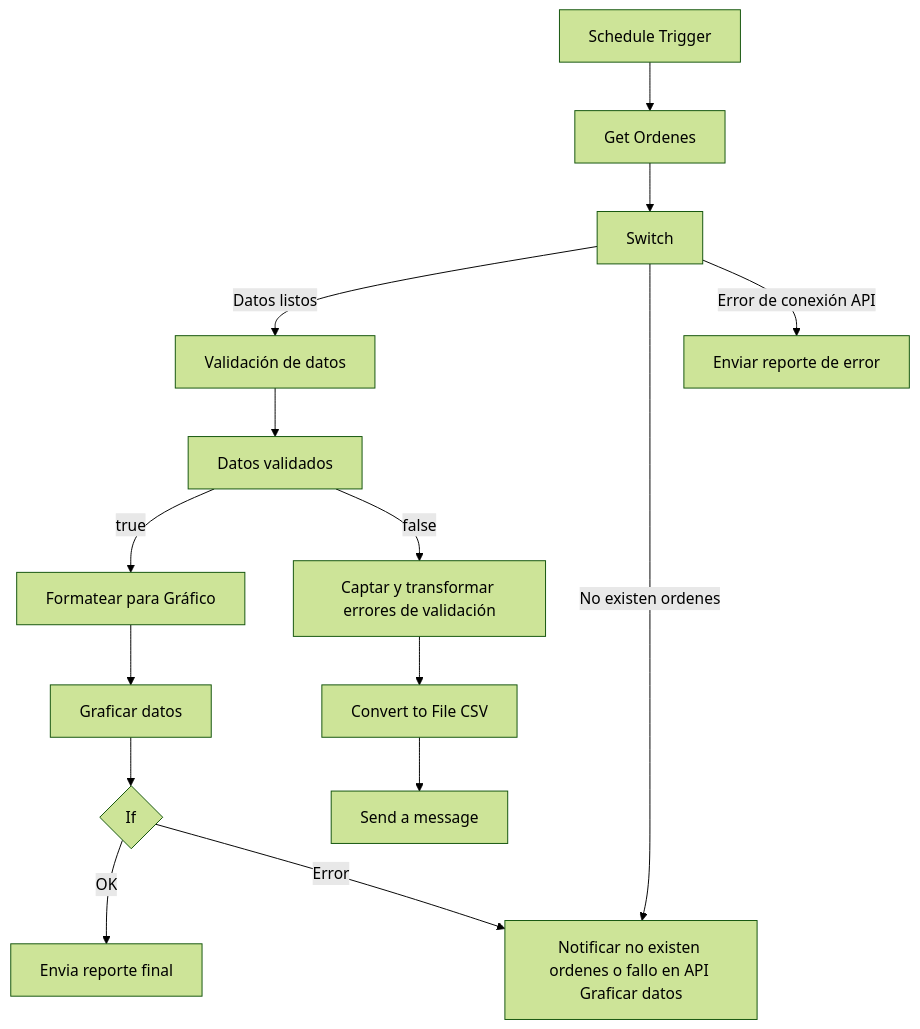
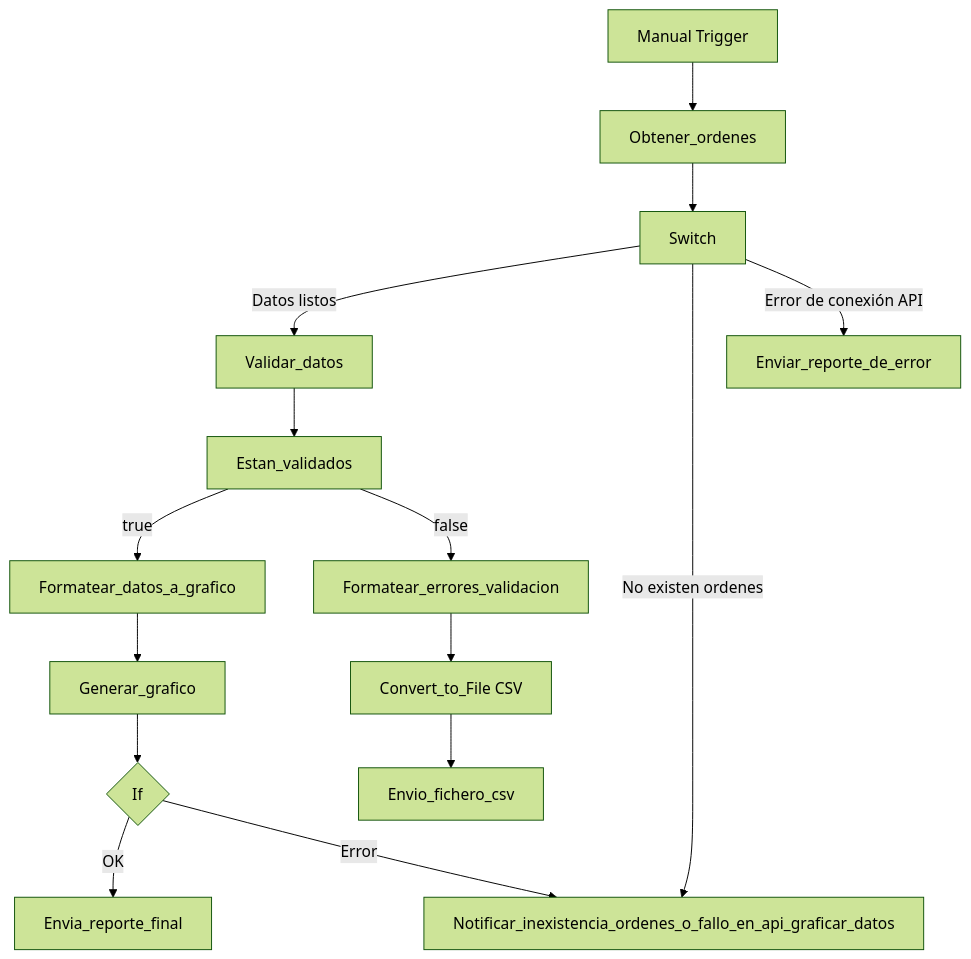
Before and after one commit to liusvani/api_n8n_data_analytics: the diagram in README.md, drawn with Mermaid (forest theme). The commit also changed other lines of this file, not shown here.

````diff
--- a/README.md
+++ b/README.md
@@ -74,25 +75,27 @@
 ```mermaid
+
 flowchart TD
-    A[Schedule Trigger] --> B[Get Ordenes]
+    A[Manual Trigger] --> B[Obtener_ordenes]
     B --> C[Switch]
-    
+
     %% Switch outputs
-    C -->|Datos listos| D[Validación de datos]
-    C -->|No existen ordenes| E[Notificar no existen ordenes o fallo en API Graficar datos]
-    C -->|Error de conexión API| F[Enviar reporte de error]
+    C -->|Datos listos| D[Validar_datos]
+    C -->|No existen ordenes| E[Notificar_inexistencia_ordenes_o_fallo_en_api_graficar_datos]
+    C -->|Error de conexión API| F[Enviar_reporte_de_error]
 
     %% Validación de datos
-    D --> G[Datos validados]
-    G -->|true| H[Formatear para Gráfico]
-    G -->|false| I[Captar y transformar errores de validación]
+    D --> G[Estan_validados]
+    G -->|true| H[Formatear_datos_a_grafico]
+    G -->|false| I[Formatear_errores_validacion]
 
     %% Flujo de datos validados
-    H --> J[Graficar datos]
+    H --> J[Generar_grafico]
     J --> K{If}
-    K -->|OK| L[Envia reporte final]
+    K -->|OK| L[Envia_reporte_final]
     K -->|Error| E
 
     %% Flujo de errores
-    I --> M[Convert to File CSV]
-    M --> N[Send a message]
+    I --> M[Convert_to_File CSV]
+    M --> N[Envio_fichero_csv]
+
 ```
````
